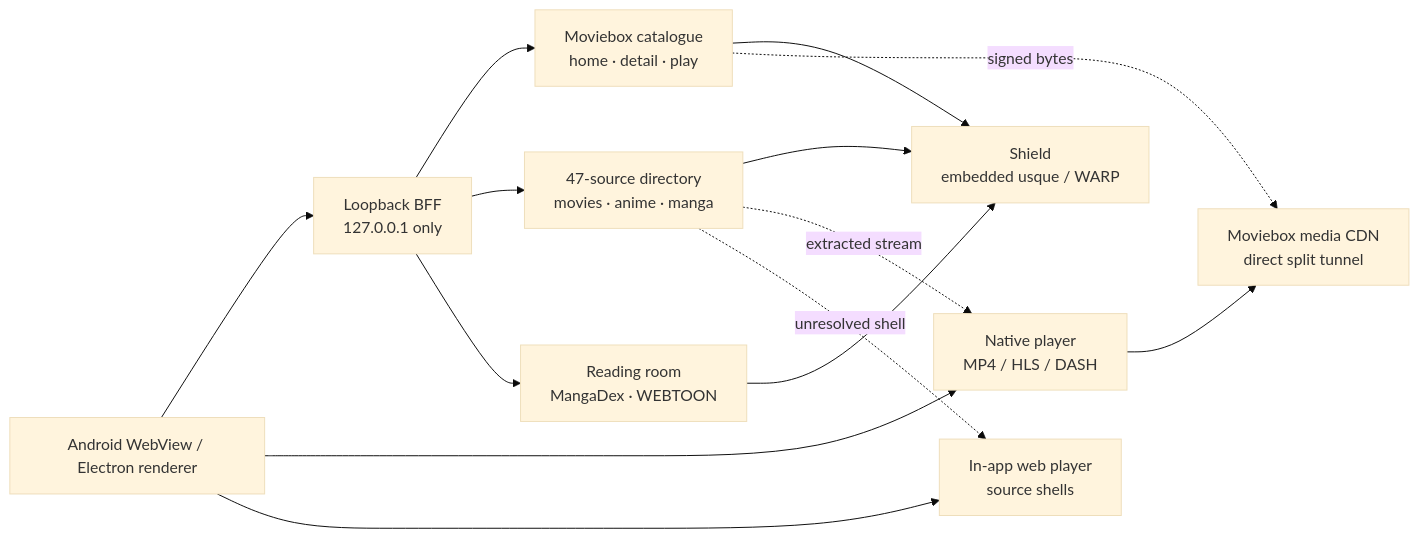
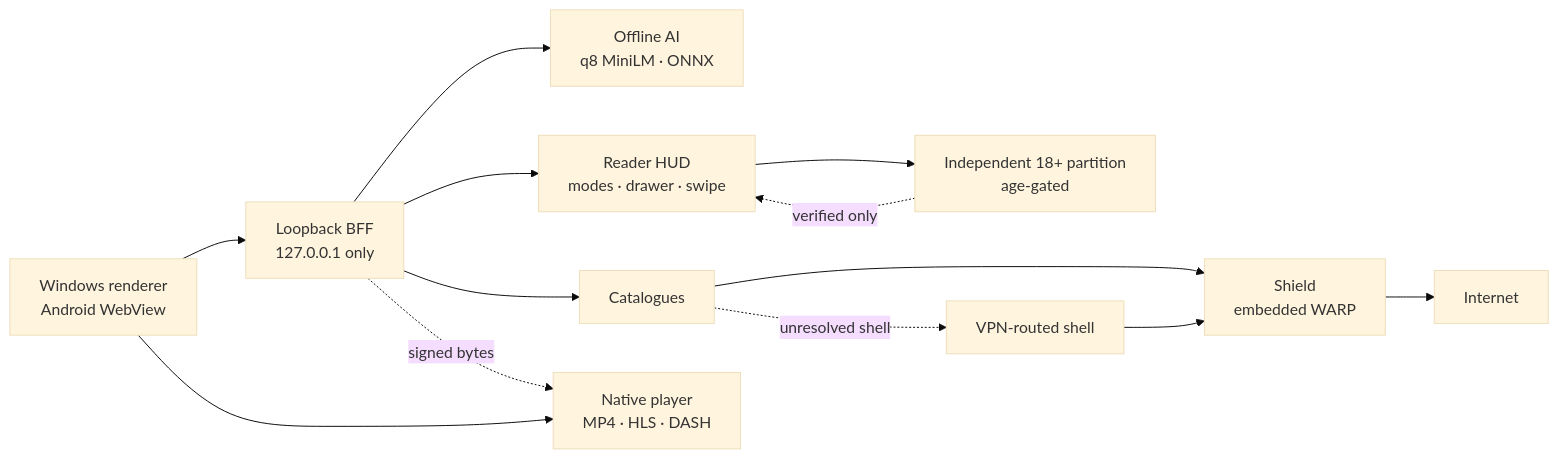
The diagram in README.md (mohdziauddin2006-cloud/superbox), drawn with Mermaid (base theme) before and after one commit. The commit also changed other lines of this file and 11 other files, not shown here.

````diff
--- a/README.md
+++ b/README.md
@@ -253,26 +180,25 @@
 ```mermaid
 flowchart LR
-    UI["Android WebView / Electron renderer"]
-    LS["Loopback BFF<br/>127.0.0.1 only"]
-    VPN["Shield<br/>embedded usque / WARP"]
-    SPOT["Moviebox catalogue<br/>home · detail · play"]
-    LIB["47-source directory<br/>movies · anime · manga"]
-    READ["Reading room<br/>MangaDex · WEBTOON"]
-    PLAYER["Native player<br/>MP4 / HLS / DASH"]
-    WEB["In-app web player<br/>source shells"]
-    CDN["Moviebox media CDN<br/>direct split tunnel"]
+    UI["Windows renderer<br/>Android WebView"]
+    BFF["Loopback BFF<br/>127.0.0.1 only"]
+    AI["Offline AI<br/>q8 MiniLM · ONNX"]
+    HUD["Reader HUD<br/>modes · drawer · swipe"]
+    VAULT["Independent 18+ partition<br/>age-gated"]
+    VPN["Shield<br/>embedded WARP"]
+    WEB["VPN-routed shell"]
+    PLAYER["Native player<br/>MP4 · HLS · DASH"]
+    NET["Catalogues"]
 
-    UI --> LS
-    LS --> SPOT
-    LS --> LIB
-    LS --> READ
-    SPOT --> VPN
-    LIB --> VPN
-    READ --> VPN
+    UI --> BFF
     UI --> PLAYER
-    UI --> WEB
-    SPOT -. signed bytes .-> CDN
-    LIB -. extracted stream .-> PLAYER
-    LIB -. unresolved shell .-> WEB
-    PLAYER --> CDN
+    BFF --> AI
+    BFF --> HUD
+    BFF --> NET
+    NET --> VPN
+    HUD --> VAULT
+    VAULT -. verified only .-> HUD
+    NET -. unresolved shell .-> WEB
+    WEB --> VPN
+    BFF -. signed bytes .-> PLAYER
+    VPN --> Internet
 ```
````
